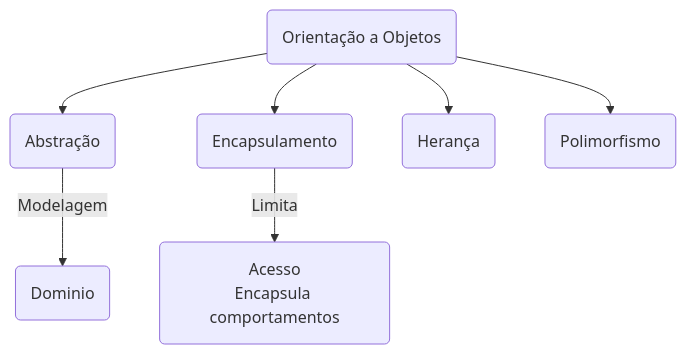
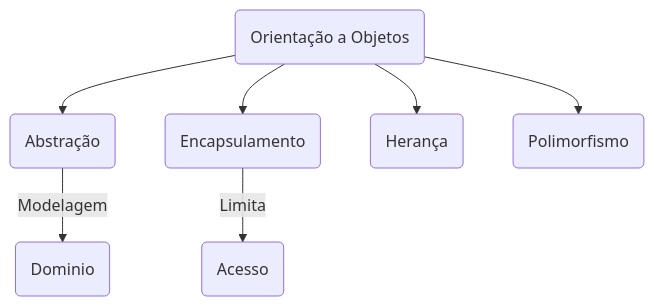
Before and after one commit to f290DSM/f290_dsm_tp2_poo_review: the diagram in README.md, drawn with Mermaid. The commit also changed 1 other file, not shown here.

Commit message:
main
- Encapsulamento.

````diff
--- a/README.md
+++ b/README.md
@@ -3,16 +3,16 @@
 ```mermaid
 flowchart TD
 abs(Abstração)
 enc(Encapsulamento)
 her(Herança)
 pol(Polimorfismo)
 poo(Orientação a Objetos)
 
 poo --> abs
 poo --> enc
 poo --> her
 poo --> pol
 
 abs --Modelagem -->dom(Dominio)
-enc --Limita--> e1("Acesso\nEncapsula comportamentos")
+enc --Limita--> e1("Acesso")
 ```
````
